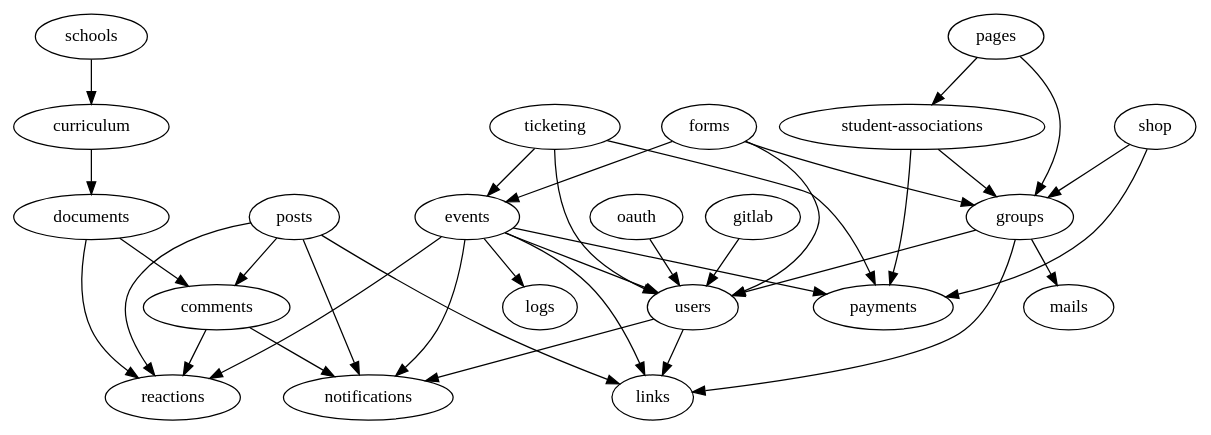
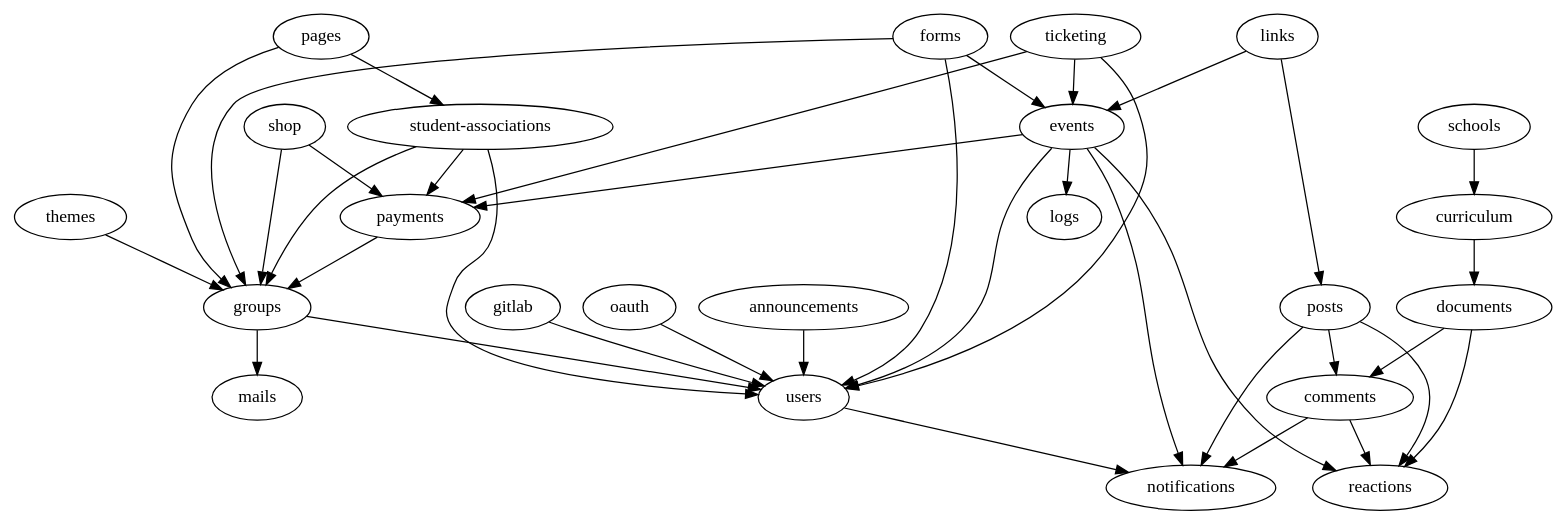
Before and after one commit to inp-net/churros: the diagram in packages/api/scripts/modules-import-graph.dot, drawn with Graphviz. The commit also changed 37 other files, not shown here.

```diff
--- a/packages/api/scripts/modules-import-graph.dot
+++ b/packages/api/scripts/modules-import-graph.dot
@@ -1,37 +1,39 @@
 strict digraph ImportGraph {
+    "announcements" -> "users";
     "comments" -> "notifications";
     "comments" -> "reactions";
     "curriculum" -> "documents";
     "documents" -> "comments";
     "documents" -> "reactions";
-    "events" -> "links";
     "events" -> "logs";
     "events" -> "notifications";
     "events" -> "payments";
     "events" -> "reactions";
     "events" -> "users";
     "forms" -> "events";
     "forms" -> "groups";
     "forms" -> "users";
     "gitlab" -> "users";
-    "groups" -> "links";
     "groups" -> "mails";
     "groups" -> "users";
+    "links" -> "events";
+    "links" -> "posts";
     "oauth" -> "users";
     "pages" -> "groups";
     "pages" -> "student-associations";
+    "payments" -> "groups";
     "posts" -> "comments";
-    "posts" -> "links";
     "posts" -> "notifications";
     "posts" -> "reactions";
     "schools" -> "curriculum";
     "shop" -> "groups";
     "shop" -> "payments";
     "student-associations" -> "groups";
     "student-associations" -> "payments";
+    "student-associations" -> "users";
+    "themes" -> "groups";
     "ticketing" -> "events";
     "ticketing" -> "payments";
     "ticketing" -> "users";
-    "users" -> "links";
     "users" -> "notifications";
 }
```
